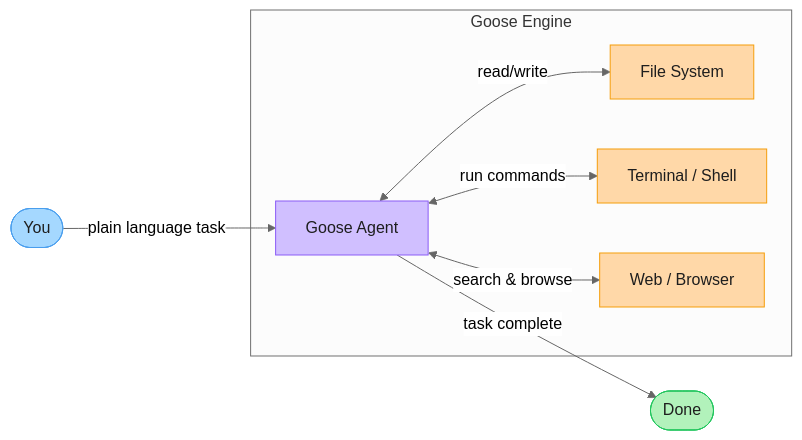
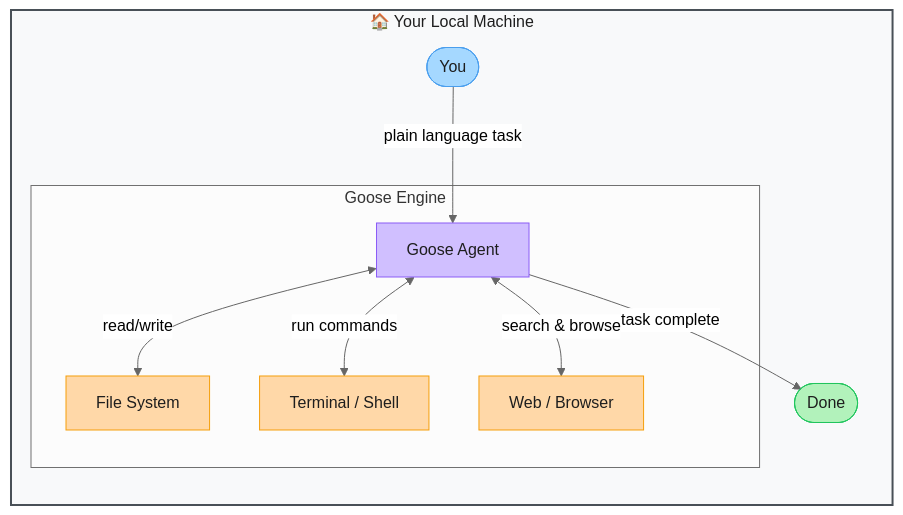
One commit to amir-sharfu/Repo-Vault changed the diagram in repo-insider/goose/README.md. Above: the diagram before and after it, drawn with Mermaid (neutral theme).

Commit message:
fix: wrap workflow diagram inside local machine house container

````diff
--- a/repo-insider/goose/README.md
+++ b/repo-insider/goose/README.md
@@ -88,20 +88,23 @@
 ```mermaid
 flowchart LR
-    You([You]) -->|plain language task| Goose
+    subgraph House["🏠 Your Local Machine"]
+        You([You]) -->|plain language task| Goose
 
-    subgraph Goose Engine
-        Goose[Goose Agent]
-        Goose <-->|read/write| Files[File System]
-        Goose <-->|run commands| Terminal[Terminal / Shell]
-        Goose <-->|search & browse| Web[Web / Browser]
+        subgraph Goose Engine
+            Goose[Goose Agent]
+            Goose <-->|read/write| Files[File System]
+            Goose <-->|run commands| Terminal[Terminal / Shell]
+            Goose <-->|search & browse| Web[Web / Browser]
+        end
+
+        Goose -->|task complete| Result([Done])
     end
-
-    Goose -->|task complete| Result([Done])
 
     style Goose fill:#d0bfff,stroke:#8b5cf6,color:#1e1e1e
     style Files fill:#ffd8a8,stroke:#f59e0b,color:#1e1e1e
     style Terminal fill:#ffd8a8,stroke:#f59e0b,color:#1e1e1e
     style Web fill:#ffd8a8,stroke:#f59e0b,color:#1e1e1e
     style You fill:#a5d8ff,stroke:#4a9eed,color:#1e1e1e
     style Result fill:#b2f2bb,stroke:#22c55e,color:#1e1e1e
+    style House fill:#f8f9fa,stroke:#495057,stroke-width:2px,color:#1e1e1e
 ```
````
